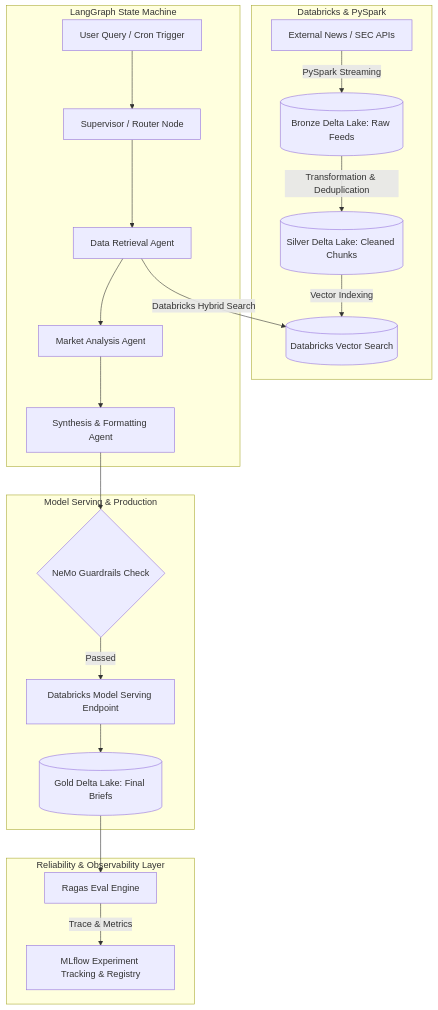
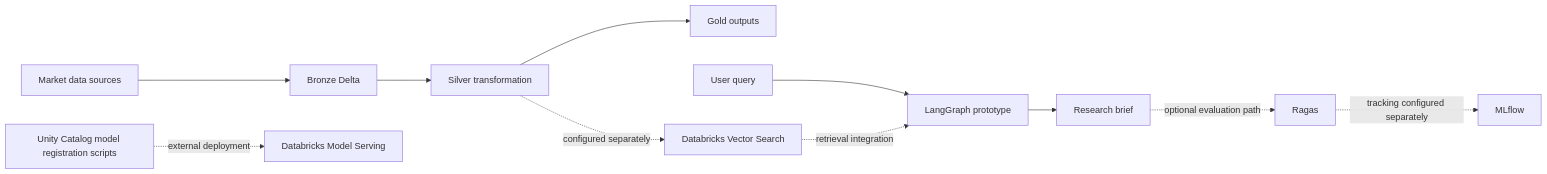
Before and after one commit to Boonsrp029/AMI-Engine: the diagram in README.md, drawn with Mermaid. The commit also changed other lines of this file and 9 other files, not shown here.

````diff
--- a/README.md
+++ b/README.md
@@ -7,31 +21,13 @@
 ```mermaid
-graph TD
-    %% Ingestion Layer
-    subgraph Data Pipeline [Databricks & PySpark]
-        A[External News / SEC APIs] -->|PySpark Streaming| B[(Bronze Delta Lake: Raw Feeds)]
-        B -->|Transformation & Deduplication| C[(Silver Delta Lake: Cleaned Chunks)]
-        C -->|Vector Indexing| D[(Databricks Vector Search)]
-    end
-
-    %% Multi-Agent Execution Layer
-    subgraph Multi-Agent Engine [LangGraph State Machine]
-        E[User Query / Cron Trigger] --> F[Supervisor / Router Node]
-        F --> G[Data Retrieval Agent]
-        G -->|Databricks Hybrid Search| D
-        G --> H[Market Analysis Agent]
-        H --> I[Synthesis & Formatting Agent]
-    end
-
-    %% Deployment & Serving Layer
-    subgraph Model Serving & Production
-        I --> J{NeMo Guardrails Check}
-        J -->|Passed| K[Databricks Model Serving Endpoint]
-        K --> L[(Gold Delta Lake: Final Briefs)]
-    end
-
-    %% Safety & Evaluation Layer
-    subgraph Reliability & Observability Layer
-        L --> M[Ragas Eval Engine]
-        M -->|Trace & Metrics| N[MLflow Experiment Tracking & Registry]
-    end
+flowchart LR
+  A[Market data sources] --> B[Bronze Delta]
+  B --> C[Silver transformation]
+  C --> D[Gold outputs]
+  C -. configured separately .-> E[Databricks Vector Search]
+  F[User query] --> G[LangGraph prototype]
+  E -. retrieval integration .-> G
+  G --> H[Research brief]
+  H -. optional evaluation path .-> I[Ragas]
+  I -. tracking configured separately .-> J[MLflow]
+  K[Unity Catalog model registration scripts] -. external deployment .-> L[Databricks Model Serving]
 ```
````
